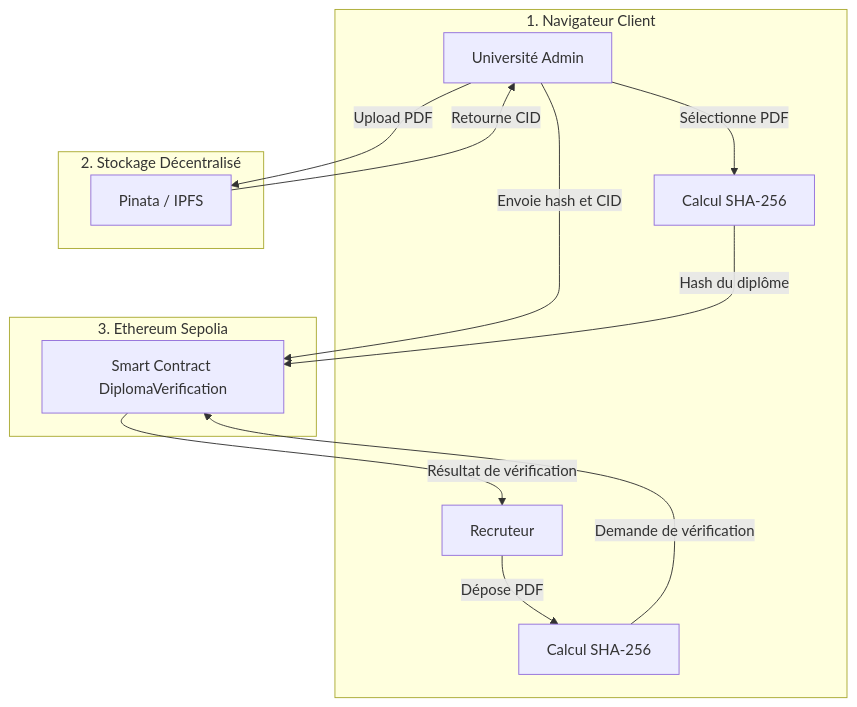
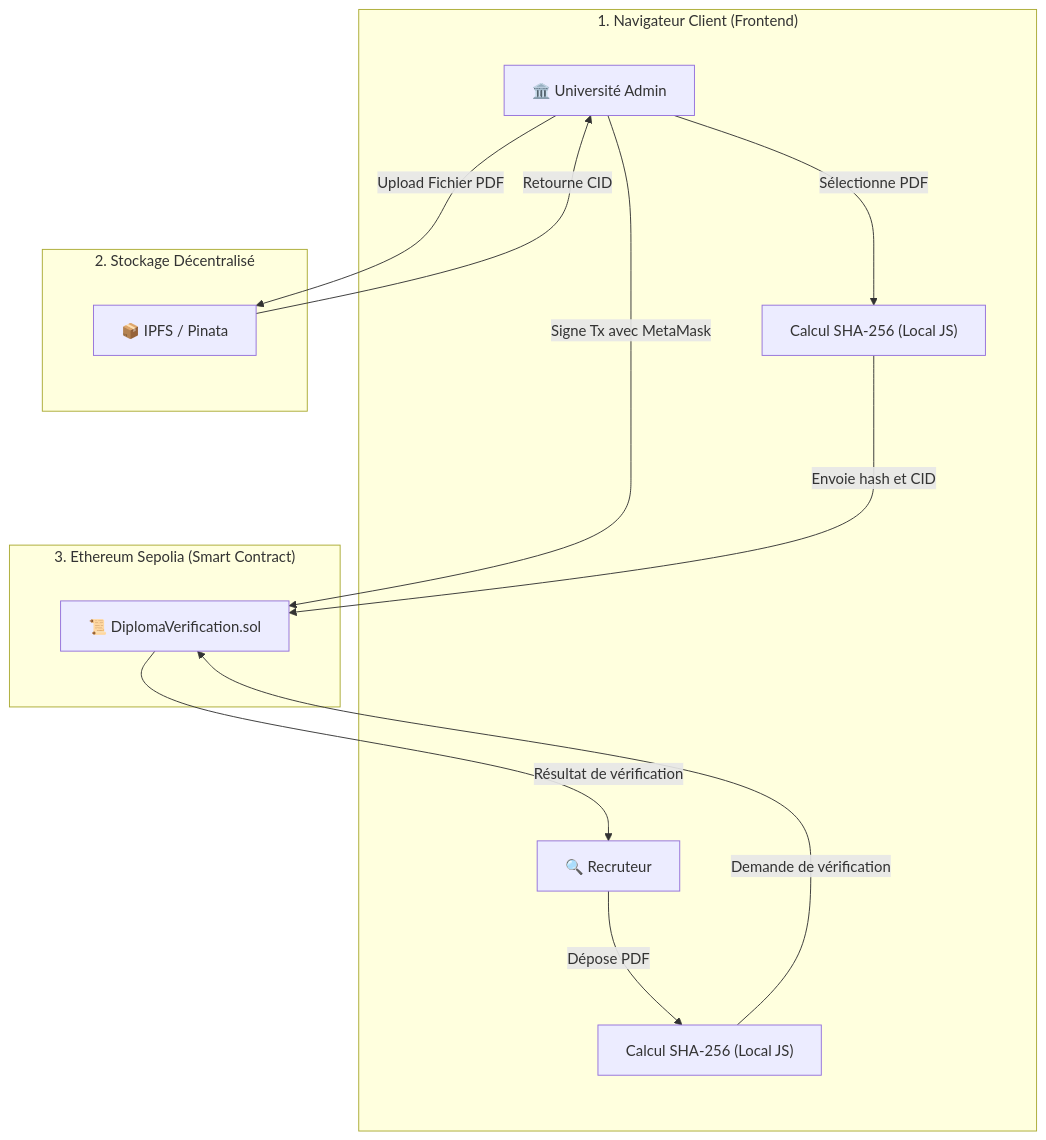
The diagram in README.md (buildwithrayen/blockchain-diploma-verification), drawn with Mermaid before and after one commit. The commit also changed other lines of this file, not shown here.

````diff
--- a/README.md
+++ b/README.md
@@ -24,27 +25,22 @@
 ```mermaid
+%%{init: {"flowchart": {"nodeSpacing": 90, "rankSpacing": 120, "curve": "basis", "htmlLabels": true}}}%%
+
 flowchart TD
-    subgraph Browser["1. Navigateur Client"]
-        Admin["Université Admin"]
-        Recruiter["Recruteur"]
-        Hash1["Calcul SHA-256"]
-        Hash2["Calcul SHA-256"]
+
+    subgraph Browser["1. Navigateur Client (Frontend)"]
+        Admin["🏛️ Université Admin"] -->|Sélectionne PDF| Hash1["Calcul SHA-256 (Local JS)"]
+        Recruiter["🔍 Recruteur"] -->|Dépose PDF| Hash2["Calcul SHA-256 (Local JS)"]
     end
 
     subgraph Storage["2. Stockage Décentralisé"]
-        Pinata["Pinata / IPFS"]
+        Admin -->|Upload Fichier PDF| Pinata["📦 IPFS / Pinata"]
+        Pinata -->|Retourne CID| Admin
     end
 
-    subgraph Blockchain["3. Ethereum Sepolia"]
-        SC["Smart Contract DiplomaVerification"]
+    subgraph Blockchain["3. Ethereum Sepolia (Smart Contract)"]
+        Admin -->|Signe Tx avec MetaMask| SC["📜 DiplomaVerification.sol"]
+        Hash1 -->|Envoie hash et CID| SC
+        Hash2 -->|Demande de vérification| SC
+        SC -->|Résultat de vérification| Recruiter
     end
-
-    Admin -->|Sélectionne PDF| Hash1
-    Admin -->|Upload PDF| Pinata
-    Pinata -->|Retourne CID| Admin
-    Admin -->|Envoie hash et CID| SC
-    Hash1 -->|Hash du diplôme| SC
-
-    Recruiter -->|Dépose PDF| Hash2
-    Hash2 -->|Demande de vérification| SC
-    SC -->|Résultat de vérification| Recruiter
 ```
````
